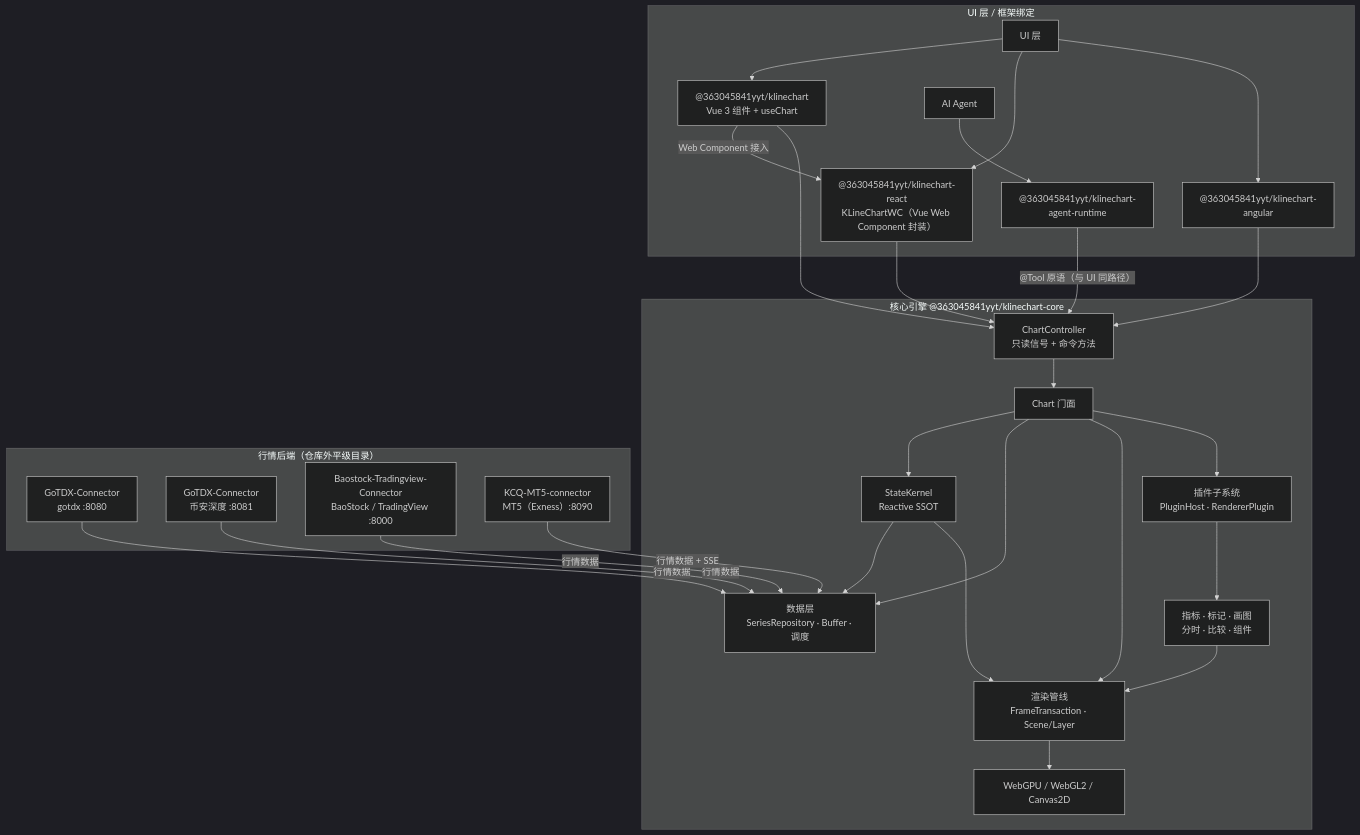
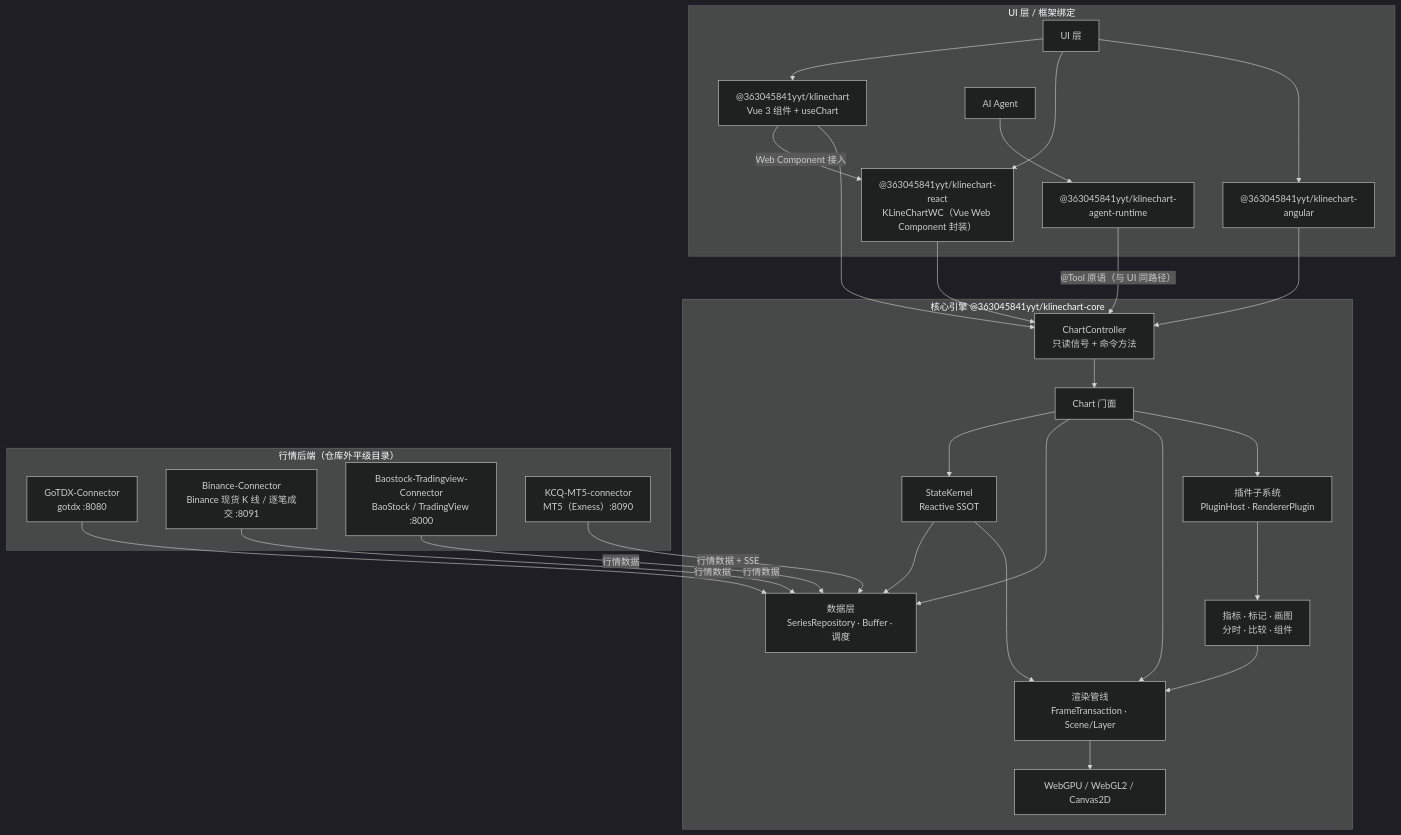
One commit to 363045841/KLineChartQuant changed the diagram in README_CN.md. Above: the diagram before and after it, drawn with Mermaid (dark theme). The commit also changed other lines of this file and 9 other files, not shown here.

Commit message:
docs(data-sources): add Binance-Connector as a data source

````diff
--- a/README_CN.md
+++ b/README_CN.md
@@ -75,53 +75,53 @@
 ```mermaid
 flowchart TB
     subgraph app["UI 层 / 框架绑定"]
         UI["UI 层"]
         VuePkg["@363045841yyt/klinechart<br/>Vue 3 组件 + useChart"]
         ReactPkg["@363045841yyt/klinechart-react<br/>KLineChartWC（Vue Web Component 封装）"]
         AngularPkg["@363045841yyt/klinechart-angular"]
         Agent["AI Agent"]
         AgentRt["@363045841yyt/klinechart-agent-runtime"]
     end
 
     subgraph core["核心引擎 @363045841yyt/klinechart-core"]
         Ctl["ChartController<br/>只读信号 + 命令方法"]
         Chart["Chart 门面"]
         Kernel["StateKernel<br/>Reactive SSOT"]
         Data["数据层<br/>SeriesRepository · Buffer · 调度"]
         Pipe["渲染管线<br/>FrameTransaction · Scene/Layer"]
         GPU["WebGPU / WebGL2 / Canvas2D"]
         Plugin["插件子系统<br/>PluginHost · RendererPlugin"]
         Biz["指标 · 标记 · 画图<br/>分时 · 比较 · 组件"]
     end
 
     subgraph conn["行情后端（仓库外平级目录）"]
         Go["GoTDX-Connector<br/>gotdx :8080"]
-        Bn["GoTDX-Connector<br/>币安深度 :8081"]
+        Bn["Binance-Connector<br/>Binance 现货 K 线 / 逐笔成交 :8091"]
         Bs["Baostock-Tradingview-Connector<br/>BaoStock / TradingView :8000"]
         Mt["KCQ-MT5-connector<br/>MT5（Exness）:8090"]
     end
 
     UI --> VuePkg
     UI --> ReactPkg
     UI --> AngularPkg
     VuePkg -->|"Web Component 接入"| ReactPkg
     Agent --> AgentRt
     VuePkg --> Ctl
     ReactPkg --> Ctl
     AngularPkg --> Ctl
     AgentRt -->|"@Tool 原语（与 UI 同路径）"| Ctl
     Ctl --> Chart
     Chart --> Kernel
     Chart --> Data
     Chart --> Pipe
     Chart --> Plugin
     Plugin --> Biz
     Biz --> Pipe
     Pipe --> GPU
     Go -->|行情数据| Data
     Bn -->|行情数据| Data
     Bs -->|行情数据| Data
     Mt -->|"行情数据 + SSE"| Data
     Kernel --> Data
     Kernel --> Pipe
 ```
````
